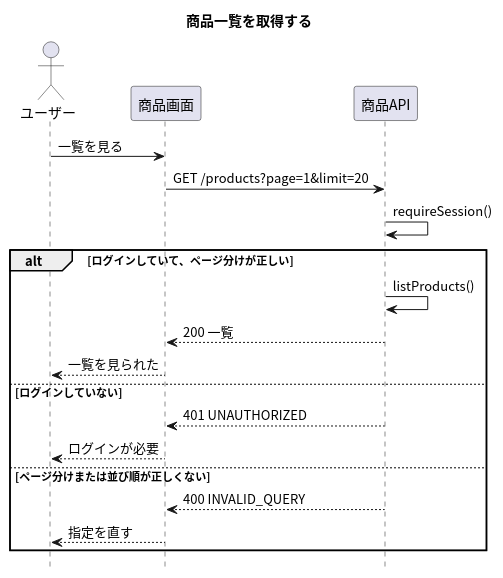
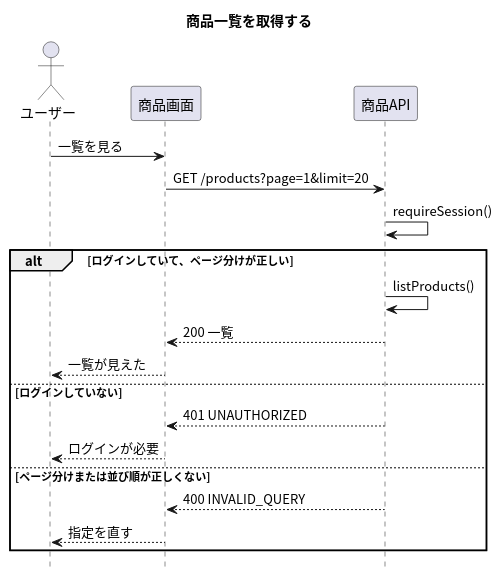
The diagram in apis/list-products/入口.puml (masamasamasato/design-doc-template), drawn with PlantUML before and after one commit. The commit also changed 45 other files, not shown here.

```diff
--- a/apis/list-products/入口.puml
+++ b/apis/list-products/入口.puml
@@ -1,27 +1,27 @@
 @startuml
 skinparam shadowing false
 skinparam defaultFontName "Noto Sans CJK JP"
 skinparam SequenceFontName "Noto Sans CJK JP"
 hide footbox
 
 title 商品一覧を取得する
 
 actor "ユーザー" as User
 participant "商品画面" as Screen
 participant "商品API" as API
 
 User -> Screen : 一覧を見る
 Screen -> API : GET /products?page=1&limit=20
 API -> API : requireSession()
 alt ログインしていて、ページ分けが正しい
   API -> API : listProducts()
   API --> Screen : 200 一覧
-  Screen --> User : 一覧を見られた
+  Screen --> User : 一覧が見えた
 else ログインしていない
   API --> Screen : 401 UNAUTHORIZED
   Screen --> User : ログインが必要
 else ページ分けまたは並び順が正しくない
   API --> Screen : 400 INVALID_QUERY
   Screen --> User : 指定を直す
 end
 @enduml
```
